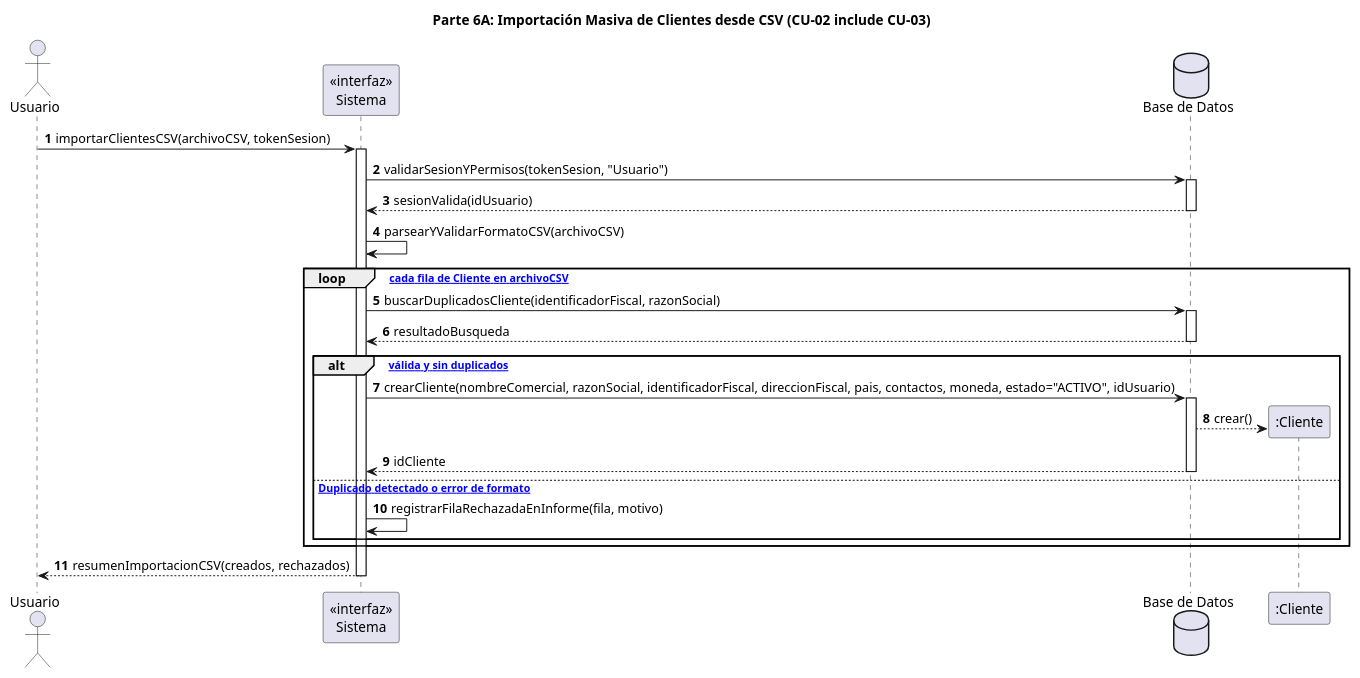
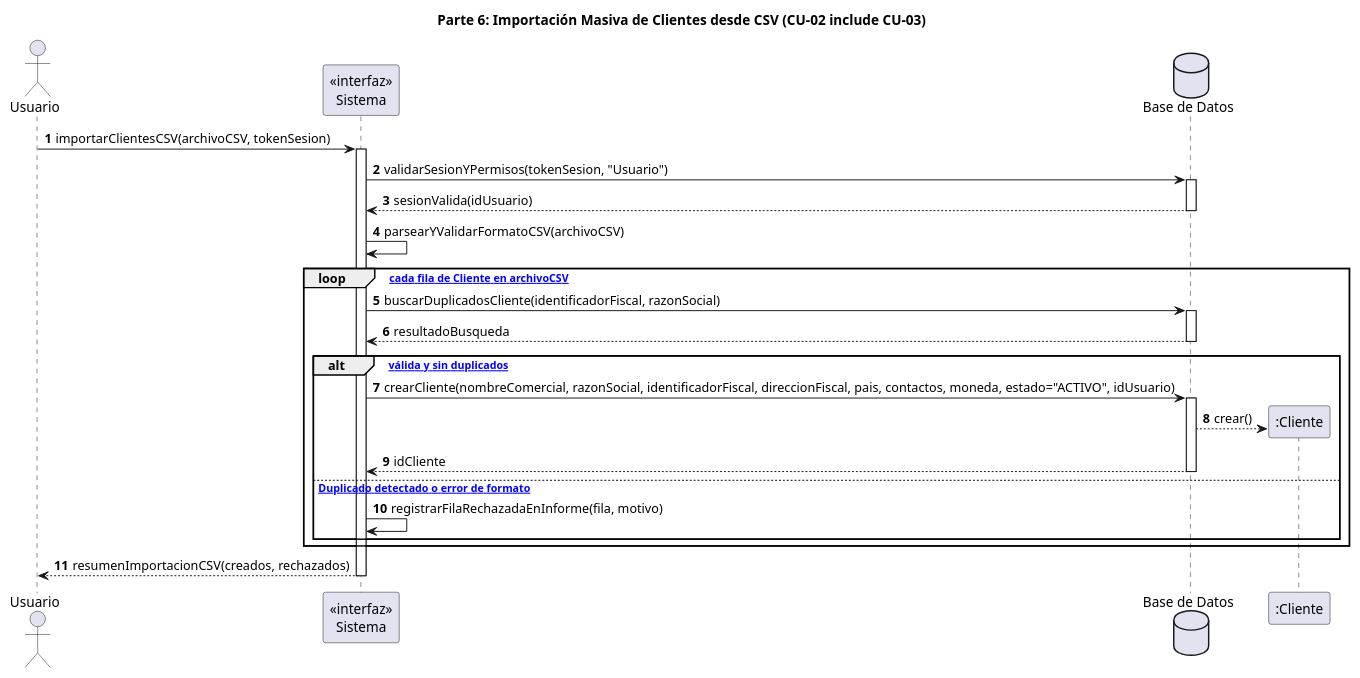
One commit to Ragavez/TurbineHuclides changed the sixth of 13 diagrams in Parcial 2/DiagramaSecuenciaUML/diagramas_de_secuencia_Codigo.md. Above: the diagram before and after it, drawn with PlantUML. The commit also changed other lines of this file, not shown here.

Commit message:
Corrección código parte 6

````diff
--- a/Parcial 2/DiagramaSecuenciaUML/diagramas_de_secuencia_Codigo.md
+++ b/Parcial 2/DiagramaSecuenciaUML/diagramas_de_secuencia_Codigo.md
@@ -508,41 +508,41 @@
 ```plantuml
 @startuml
 autonumber
-title Parte 6A: Importación Masiva de Clientes desde CSV (CU-02 include CU-03)
+title Parte 6: Importación Masiva de Clientes desde CSV (CU-02 include CU-03)
 
 actor "Usuario" as Operativo
 participant "«interfaz»\nSistema" as Sistema
 database "Base de Datos" as BD
 
 Operativo -> Sistema : importarClientesCSV(archivoCSV, tokenSesion)
 activate Sistema
 
 Sistema -> BD : validarSesionYPermisos(tokenSesion, "Usuario")
 activate BD
 BD --> Sistema : sesionValida(idUsuario)
 deactivate BD
 
 Sistema -> Sistema : parsearYValidarFormatoCSV(archivoCSV)
 
 loop [Para cada fila de Cliente en archivoCSV]
     Sistema -> BD : buscarDuplicadosCliente(identificadorFiscal, razonSocial)
     activate BD
     BD --> Sistema : resultadoBusqueda
     deactivate BD
 
     alt [Fila válida y sin duplicados]
         Sistema -> BD : crearCliente(nombreComercial, razonSocial, identificadorFiscal, direccionFiscal, pais, contactos, moneda, estado="ACTIVO", idUsuario)
         activate BD
         create participant ":Cliente" as ClienteCSV
         BD --> ClienteCSV : crear()
         BD --> Sistema : idCliente
         deactivate BD
     else [<<extend>> Duplicado detectado o error de formato]
         Sistema -> Sistema : registrarFilaRechazadaEnInforme(fila, motivo)
     end
 end
 
 Sistema --> Operativo : resumenImportacionCSV(creados, rechazados)
 deactivate Sistema
 @enduml
 ```
````
